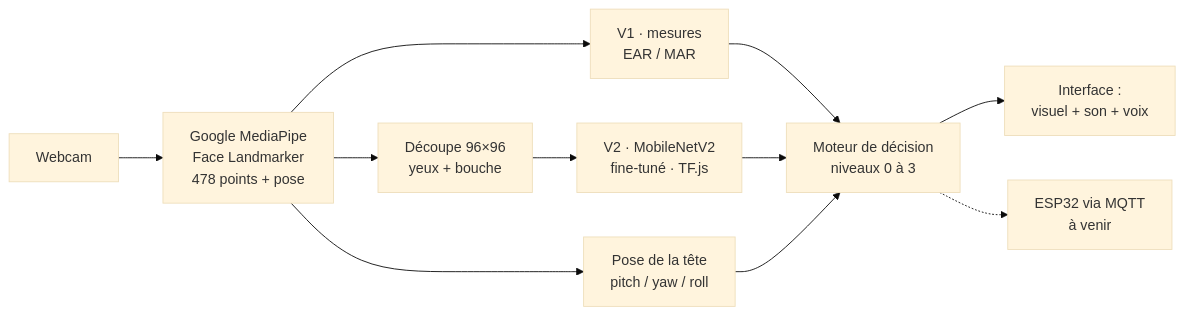
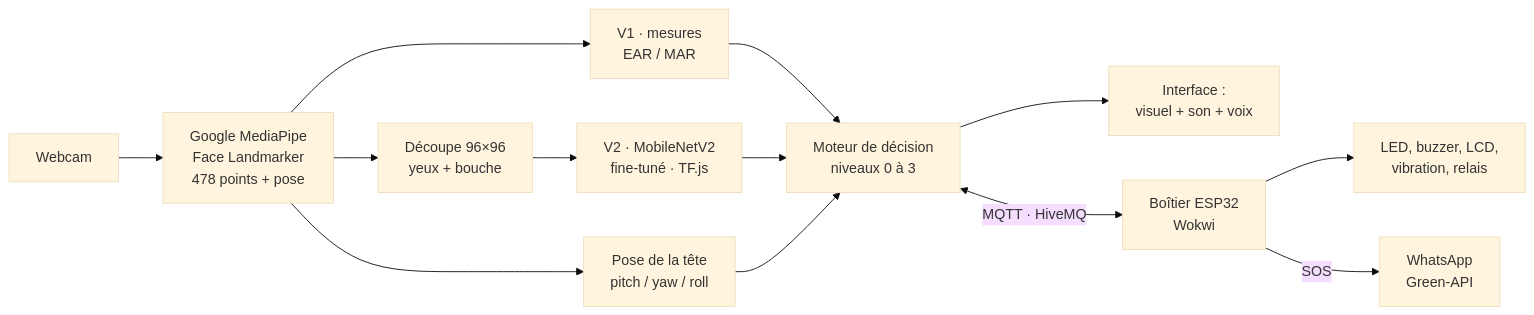
One commit to AlaeLahbichi/DriveAlert-AI-Real-Time-Driver-Drowsiness-Detection-and-Alert-System changed the diagram in README.md. Above: the diagram before and after it, drawn with Mermaid (base theme). The commit also changed other lines of this file, not shown here.

Commit message:
docs: section Boîtier IoT (ESP32 · MQTT) dans le README

````diff
--- a/README.md
+++ b/README.md
@@ -59,13 +61,15 @@
 ```mermaid
 flowchart LR
     CAM[Webcam] --> MP[Google MediaPipe<br/>Face Landmarker<br/>478 points + pose]
     MP --> V1[V1 · mesures<br/>EAR / MAR]
     MP --> CROP[Découpe 96×96<br/>yeux + bouche]
     CROP --> V2[V2 · MobileNetV2<br/>fine-tuné · TF.js]
     MP --> POSE[Pose de la tête<br/>pitch / yaw / roll]
     V1 --> ENG[Moteur de décision<br/>niveaux 0 à 3]
     V2 --> ENG
     POSE --> ENG
     ENG --> UI[Interface :<br/>visuel + son + voix]
-    ENG -.-> ESP[ESP32 via MQTT<br/>à venir]
+    ENG <-->|MQTT · HiveMQ| ESP[Boîtier ESP32<br/>Wokwi]
+    ESP --> ACT[LED, buzzer, LCD,<br/>vibration, relais]
+    ESP -->|SOS| WA[WhatsApp<br/>Green-API]
 ```
````
